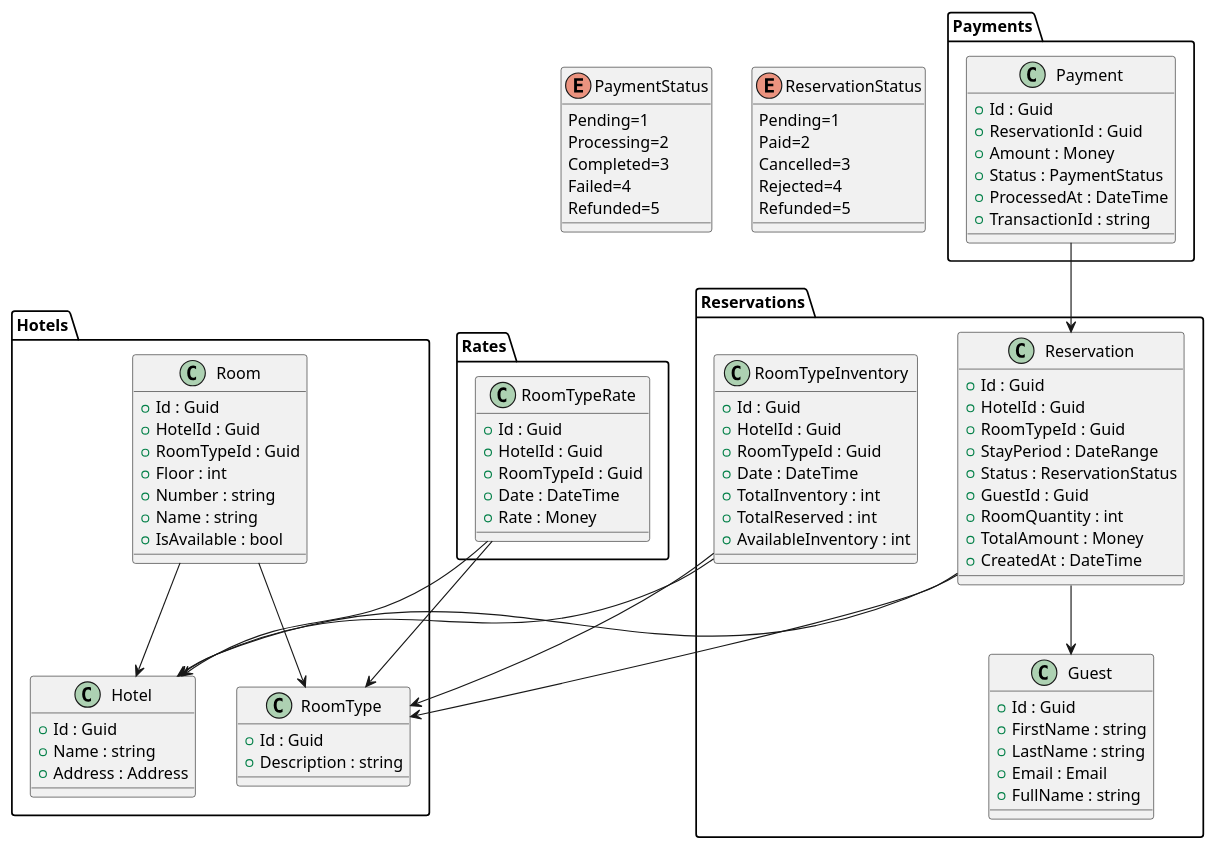
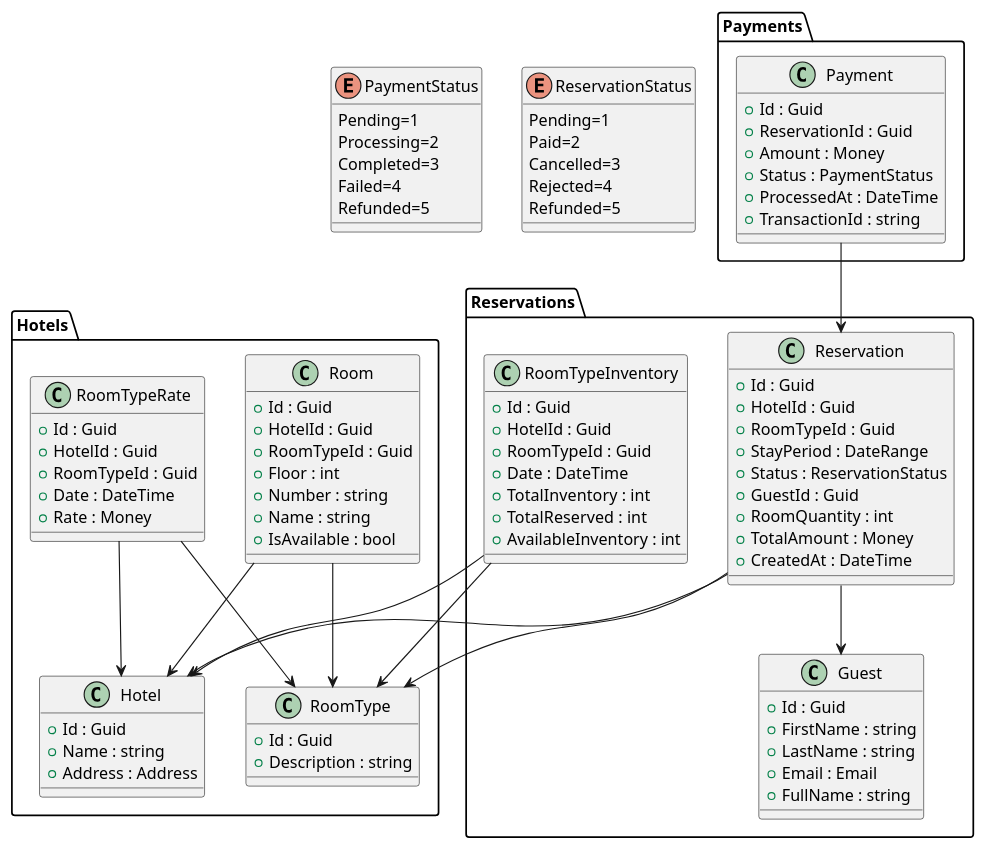
The diagram in src/FC4.HotelReservation.Domain/.diagrams/include.puml (igorgomes96/fc4-hotelreservation), drawn with PlantUML before and after one commit. The commit also changed 4 other files, not shown here.

Commit message:
Refactor GetRate functionality to return a collection of rates and update related tests

```diff
--- a/src/FC4.HotelReservation.Domain/.diagrams/include.puml
+++ b/src/FC4.HotelReservation.Domain/.diagrams/include.puml
@@ -1,101 +1,98 @@
 @startuml
 enum PaymentStatus {
     Pending=1
     Processing=2
     Completed=3
     Failed=4
     Refunded=5
 }
 enum ReservationStatus {
     Pending=1
     Paid=2
     Cancelled=3
     Rejected=4
     Refunded=5
 }
 package Hotels {
     class Hotel {
         + Id : Guid
         + Name : string
         + Address : Address
     }
     class Room {
         + Id : Guid
         + HotelId : Guid
         + RoomTypeId : Guid
         + Floor : int
         + Number : string
         + Name : string
         + IsAvailable : bool
     }
     class RoomType {
         + Id : Guid
         + Description : string
+    }
+    class RoomTypeRate {
+        + Id : Guid
+        + HotelId : Guid
+        + RoomTypeId : Guid
+        + Date : DateTime
+        + Rate : Money
     }
 }
 
 package Payments {
     class Payment {
         + Id : Guid
         + ReservationId : Guid
         + Amount : Money
         + Status : PaymentStatus
         + ProcessedAt : DateTime
         + TransactionId : string
     }
 }
 
 package Reservations {
     class Reservation {
         + Id : Guid
         + HotelId : Guid
         + RoomTypeId : Guid
         + StayPeriod : DateRange
         + Status : ReservationStatus
         + GuestId : Guid
         + RoomQuantity : int
         + TotalAmount : Money
         + CreatedAt : DateTime
     }
     
     class Guest {
         + Id : Guid
         + FirstName : string
         + LastName : string
         + Email : Email
         + FullName : string
     }
     
     class RoomTypeInventory {
         + Id : Guid
         + HotelId : Guid
         + RoomTypeId : Guid
         + Date : DateTime
         + TotalInventory : int
         + TotalReserved : int
         + AvailableInventory : int
     }
 }
 
-package Rates {
-    class RoomTypeRate {
-        + Id : Guid
-        + HotelId : Guid
-        + RoomTypeId : Guid
-        + Date : DateTime
-        + Rate : Money
-    }
-}
-
 RoomTypeRate --> RoomType
 RoomTypeInventory --> Hotel
 RoomTypeInventory --> RoomType
 Reservation --> Hotel
 Reservation --> RoomType
 RoomTypeRate --> Hotel
 Reservation --> Guest
 Room --> Hotel
 Room --> RoomType
 Payment --> Reservation
 
 @enduml
```
